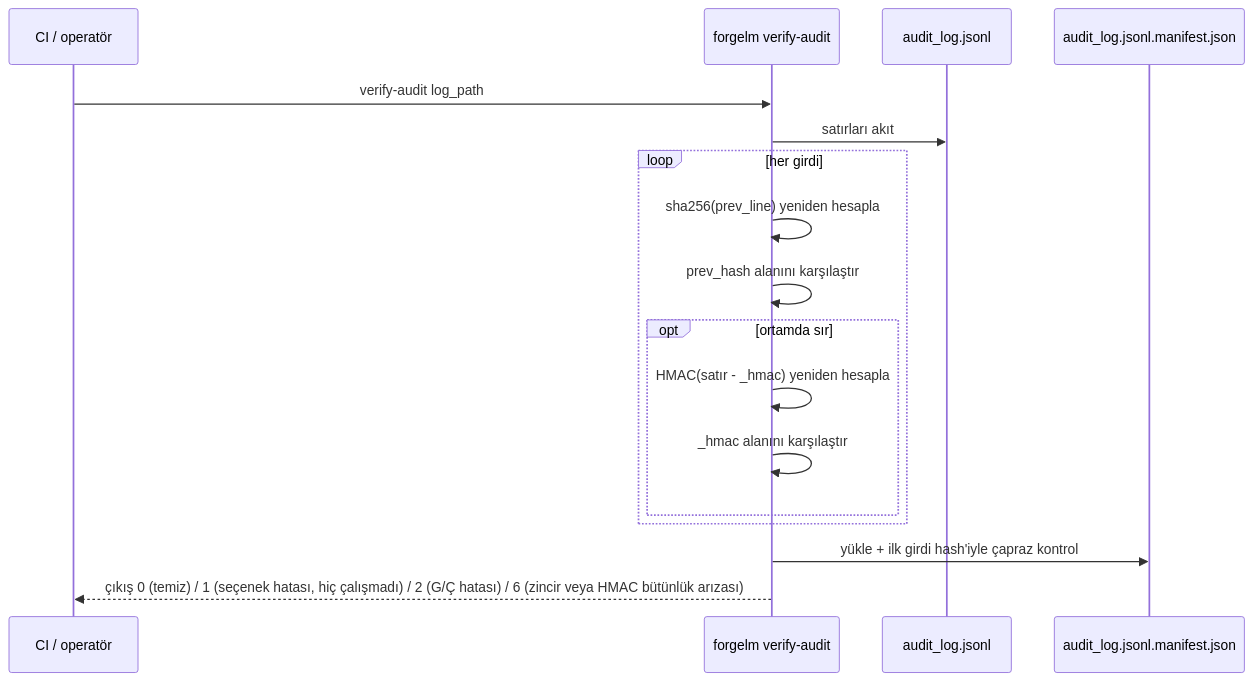
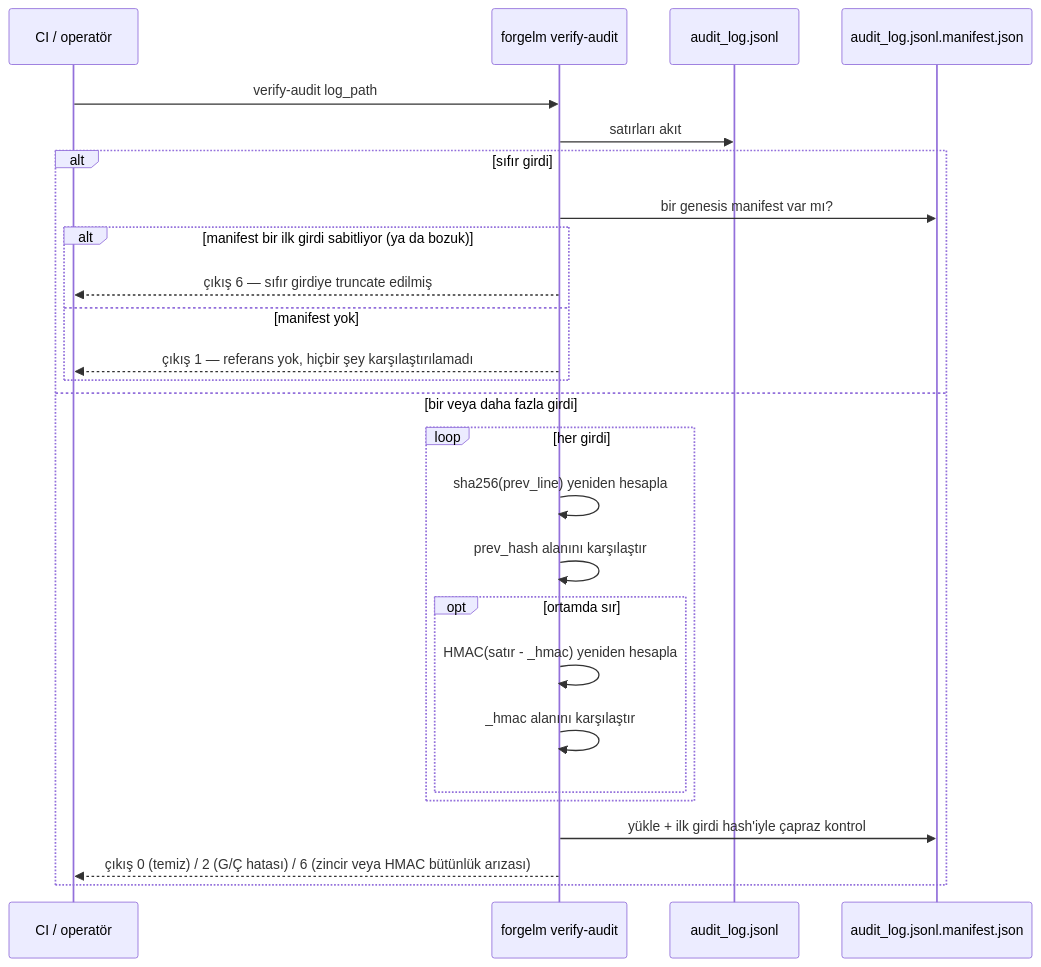
The diagram in docs/usermanuals/tr/compliance/verify-audit.md (HodeTech/ForgeLM), drawn with Mermaid before and after one commit. The commit also changed other lines of this file and 34 other files, not shown here.

````diff
--- a/docs/usermanuals/tr/compliance/verify-audit.md
+++ b/docs/usermanuals/tr/compliance/verify-audit.md
@@ -19,20 +19,29 @@
 ```mermaid
 sequenceDiagram
     participant CI as CI / operatör
     participant Verify as forgelm verify-audit
     participant Log as audit_log.jsonl
     participant Manifest as audit_log.jsonl.manifest.json
 
     CI->>Verify: verify-audit log_path
     Verify->>Log: satırları akıt
-    loop her girdi
-        Verify->>Verify: sha256(prev_line) yeniden hesapla
-        Verify->>Verify: prev_hash alanını karşılaştır
-        opt ortamda sır
-            Verify->>Verify: HMAC(satır - _hmac) yeniden hesapla
-            Verify->>Verify: _hmac alanını karşılaştır
+    alt sıfır girdi
+        Verify->>Manifest: bir genesis manifest var mı?
+        alt manifest bir ilk girdi sabitliyor (ya da bozuk)
+            Verify-->>CI: çıkış 6 — sıfır girdiye truncate edilmiş
+        else manifest yok
+            Verify-->>CI: çıkış 1 — referans yok, hiçbir şey karşılaştırılamadı
         end
+    else bir veya daha fazla girdi
+        loop her girdi
+            Verify->>Verify: sha256(prev_line) yeniden hesapla
+            Verify->>Verify: prev_hash alanını karşılaştır
+            opt ortamda sır
+                Verify->>Verify: HMAC(satır - _hmac) yeniden hesapla
+                Verify->>Verify: _hmac alanını karşılaştır
+            end
+        end
+        Verify->>Manifest: yükle + ilk girdi hash'iyle çapraz kontrol
+        Verify-->>CI: çıkış 0 (temiz) / 2 (G/Ç hatası) / 6 (zincir veya HMAC bütünlük arızası)
     end
-    Verify->>Manifest: yükle + ilk girdi hash'iyle çapraz kontrol
-    Verify-->>CI: çıkış 0 (temiz) / 1 (seçenek hatası, hiç çalışmadı) / 2 (G/Ç hatası) / 6 (zincir veya HMAC bütünlük arızası)
 ```
````
